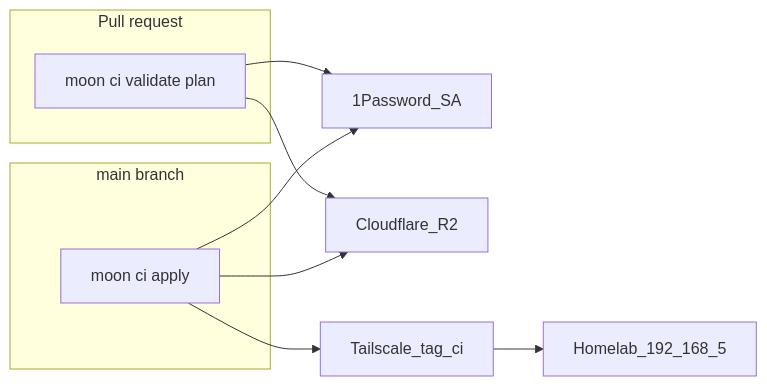
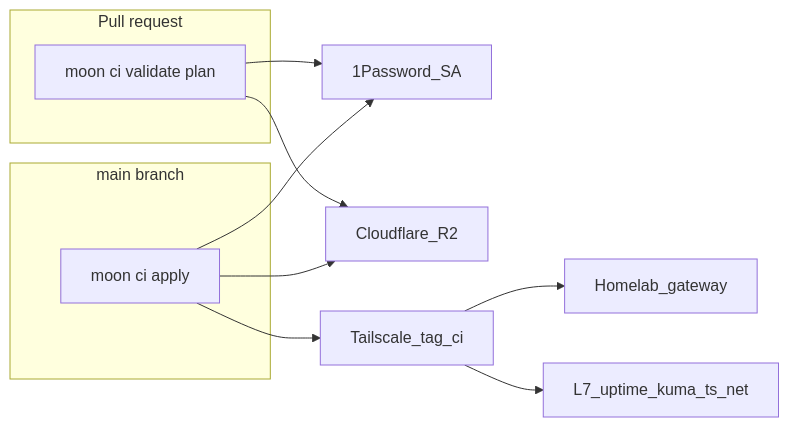
One commit to jacobdrury/homelab changed the second of 2 diagrams in docs/roadmap.md. Above: the diagram before and after it, drawn with Mermaid. The commit also changed other lines of this file and 8 other files, not shown here.

````diff
--- a/docs/roadmap.md
+++ b/docs/roadmap.md
@@ -253,15 +254,16 @@
 ```mermaid
 flowchart LR
   subgraph pr [Pull request]
     MoonPlan["moon ci validate plan"]
   end
   subgraph main [main branch]
     MoonApply["moon ci apply"]
   end
   MoonPlan --> OP[1Password_SA]
   MoonApply --> OP
   MoonPlan --> R2[Cloudflare_R2]
   MoonApply --> R2
   MoonApply --> TS[Tailscale_tag_ci]
-  TS --> Homelab[Homelab_192_168_5]
+  TS --> UniFi[Homelab_gateway]
+  TS --> Kuma[L7_uptime_kuma_ts_net]
 ```
````
